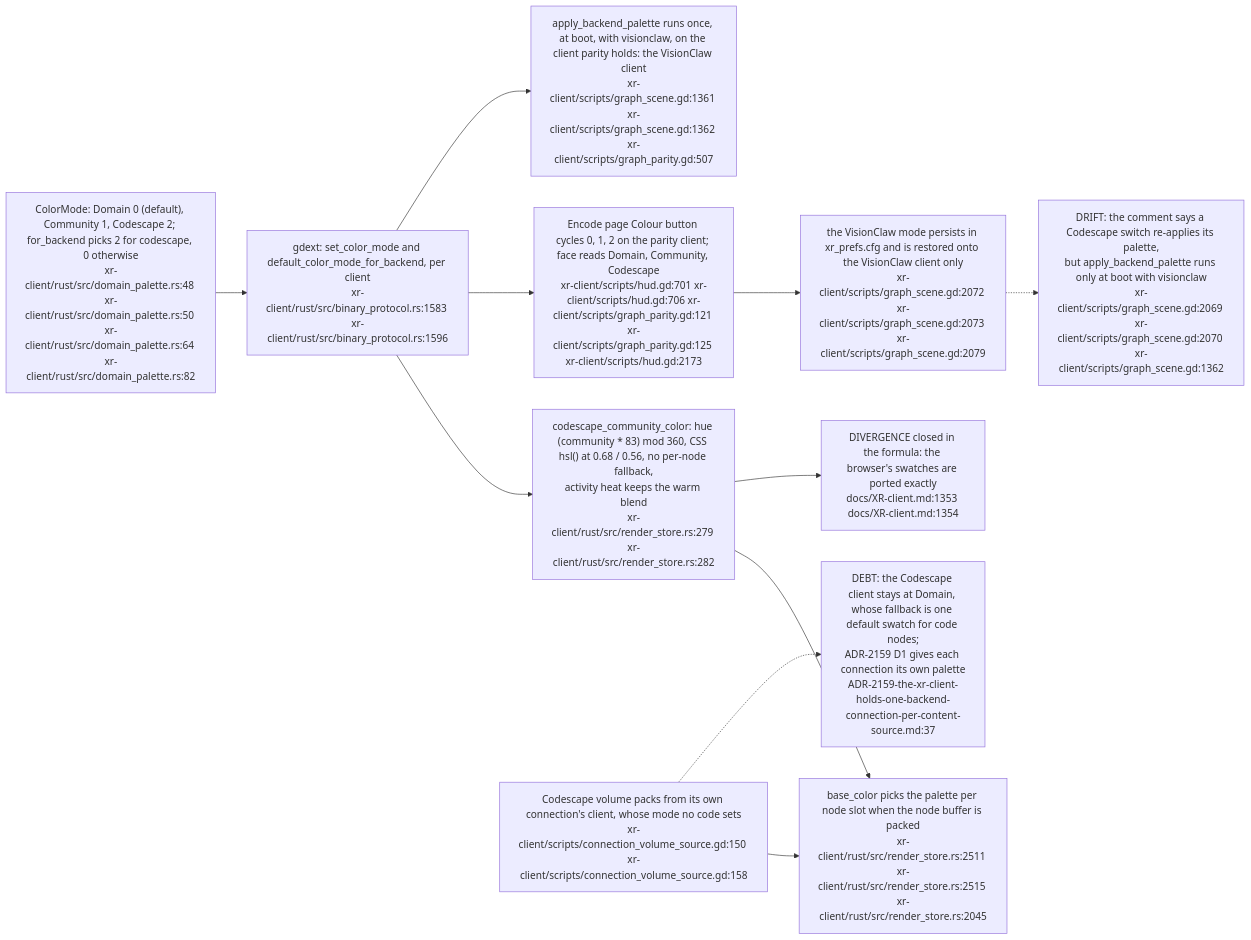
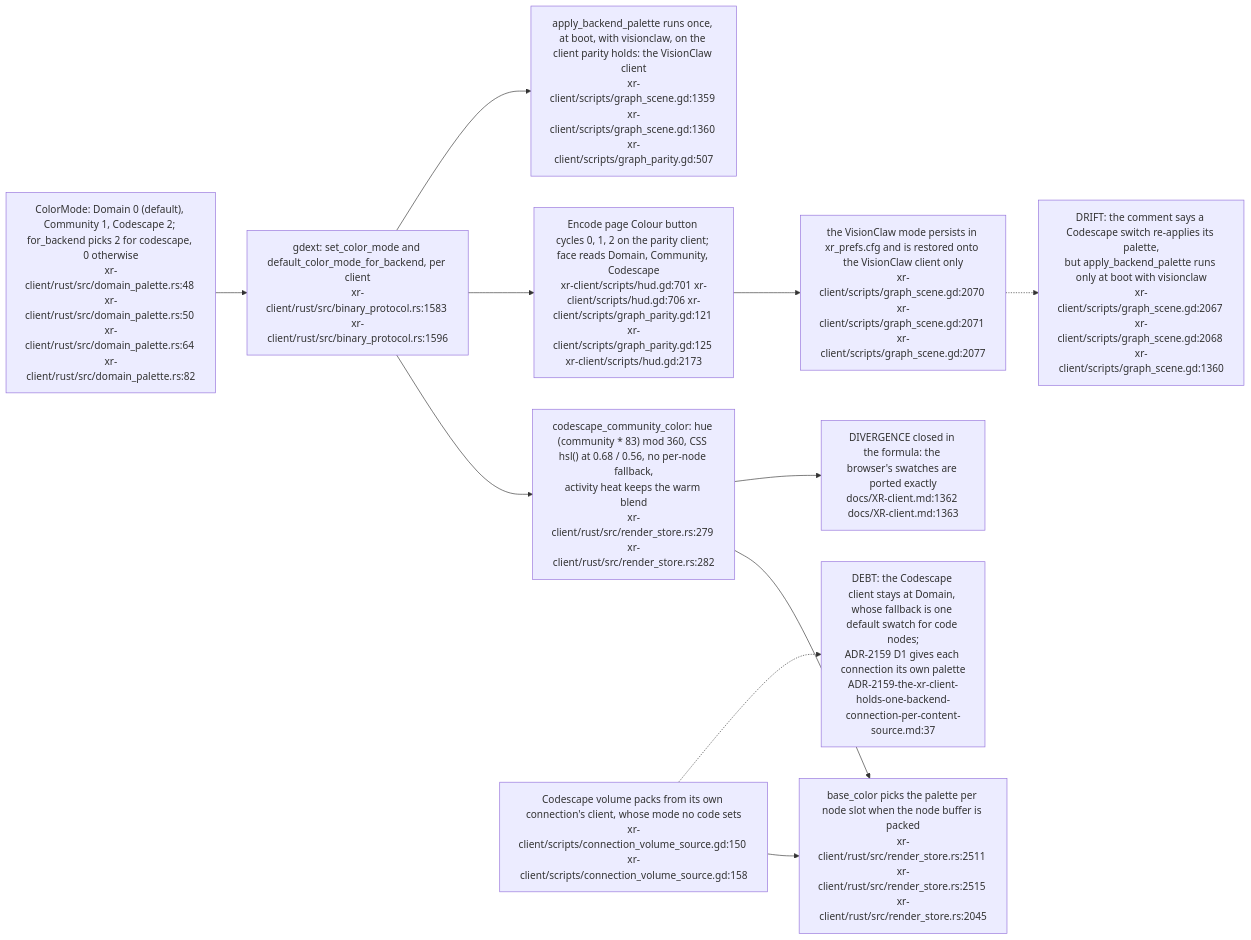
Before and after one commit to DreamLab-AI/VisionFlow: the third of 3 diagrams in docs/diagrams/visionclaw/40-xr-two-backends-capability-gating.md, drawn with Mermaid. The commit also changed other lines of this file and 7 other files, not shown here.

First line of the commit message:
diagrams(visionclaw): re-verify VC-34 to VC-40 and VC-42 at visionclaw 4900ec6, agentbox 59b1aca

````diff
--- a/docs/diagrams/visionclaw/40-xr-two-backends-capability-gating.md
+++ b/docs/diagrams/visionclaw/40-xr-two-backends-capability-gating.md
@@ -109,20 +109,20 @@
 ```mermaid
 flowchart LR
     ENUM["ColorMode: Domain 0 (default), Community 1, Codescape 2; for_backend picks 2 for codescape, 0 otherwise<br/>xr-client/rust/src/domain_palette.rs:48 xr-client/rust/src/domain_palette.rs:50 xr-client/rust/src/domain_palette.rs:64 xr-client/rust/src/domain_palette.rs:82"]
     GD["gdext: set_color_mode and default_color_mode_for_backend, per client<br/>xr-client/rust/src/binary_protocol.rs:1583 xr-client/rust/src/binary_protocol.rs:1596"]
     PAL["codescape_community_color: hue (community * 83) mod 360, CSS hsl() at 0.68 / 0.56, no per-node fallback,<br/>activity heat keeps the warm blend<br/>xr-client/rust/src/render_store.rs:279 xr-client/rust/src/render_store.rs:282"]
     BASE["base_color picks the palette per node slot when the node buffer is packed<br/>xr-client/rust/src/render_store.rs:2511 xr-client/rust/src/render_store.rs:2515 xr-client/rust/src/render_store.rs:2045"]
     CYC["Encode page Colour button cycles 0, 1, 2 on the parity client; face reads Domain, Community, Codescape<br/>xr-client/scripts/hud.gd:701 xr-client/scripts/hud.gd:706 xr-client/scripts/graph_parity.gd:121 xr-client/scripts/graph_parity.gd:125 xr-client/scripts/hud.gd:2173"]
-    PREF["the VisionClaw mode persists in xr_prefs.cfg and is restored onto the VisionClaw client only<br/>xr-client/scripts/graph_scene.gd:2072 xr-client/scripts/graph_scene.gd:2073 xr-client/scripts/graph_scene.gd:2079"]
+    PREF["the VisionClaw mode persists in xr_prefs.cfg and is restored onto the VisionClaw client only<br/>xr-client/scripts/graph_scene.gd:2070 xr-client/scripts/graph_scene.gd:2071 xr-client/scripts/graph_scene.gd:2077"]
     CYC --> PREF
-    PREF -.-> D2["DRIFT: the comment says a Codescape switch re-applies its palette,<br/>but apply_backend_palette runs only at boot with visionclaw<br/>xr-client/scripts/graph_scene.gd:2069 xr-client/scripts/graph_scene.gd:2070 xr-client/scripts/graph_scene.gd:1362"]
-    DEF["apply_backend_palette runs once, at boot, with visionclaw, on the client parity holds: the VisionClaw client<br/>xr-client/scripts/graph_scene.gd:1361 xr-client/scripts/graph_scene.gd:1362 xr-client/scripts/graph_parity.gd:507"]
+    PREF -.-> D2["DRIFT: the comment says a Codescape switch re-applies its palette,<br/>but apply_backend_palette runs only at boot with visionclaw<br/>xr-client/scripts/graph_scene.gd:2067 xr-client/scripts/graph_scene.gd:2068 xr-client/scripts/graph_scene.gd:1360"]
+    DEF["apply_backend_palette runs once, at boot, with visionclaw, on the client parity holds: the VisionClaw client<br/>xr-client/scripts/graph_scene.gd:1359 xr-client/scripts/graph_scene.gd:1360 xr-client/scripts/graph_parity.gd:507"]
     CSV["Codescape volume packs from its own connection's client, whose mode no code sets<br/>xr-client/scripts/connection_volume_source.gd:150 xr-client/scripts/connection_volume_source.gd:158"]
     ENUM --> GD --> PAL --> BASE
     GD --> CYC
     GD --> DEF
     CSV --> BASE
     CSV -.-> GAP["DEBT: the Codescape client stays at Domain, whose fallback is one default swatch for code nodes;<br/>ADR-2159 D1 gives each connection its own palette<br/>ADR-2159-the-xr-client-holds-one-backend-connection-per-content-source.md:37"]
-    N1["DIVERGENCE closed in the formula: the browser's swatches are ported exactly<br/>docs/XR-client.md:1353 docs/XR-client.md:1354"]
+    N1["DIVERGENCE closed in the formula: the browser's swatches are ported exactly<br/>docs/XR-client.md:1362 docs/XR-client.md:1363"]
     PAL --> N1
 ```
````
